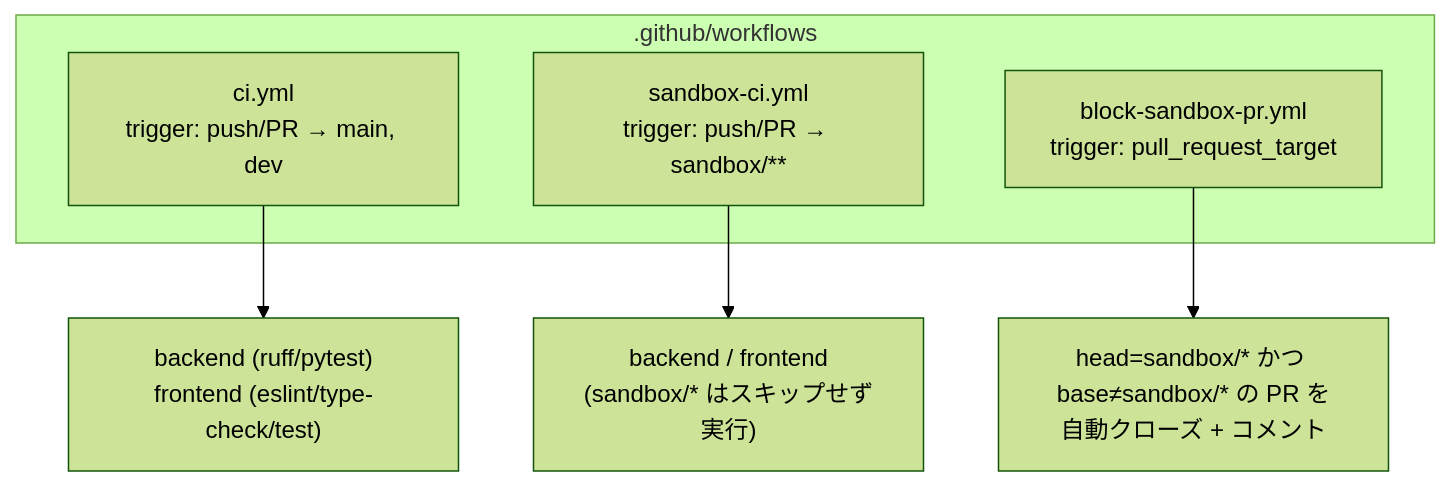
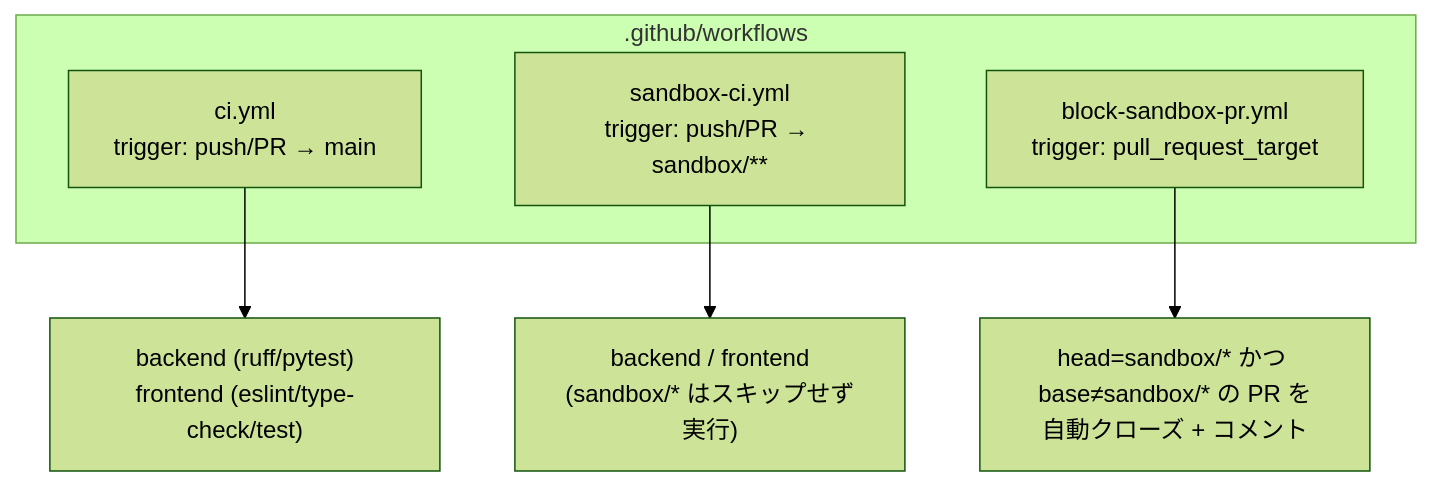
The second of 6 diagrams in docs/development-process.md (itouhi/claude-fullstack-starter), drawn with Mermaid (forest theme) before and after one commit. The commit also changed other lines of this file and 9 other files, not shown here.

````diff
--- a/docs/development-process.md
+++ b/docs/development-process.md
@@ -36,12 +34,12 @@
 ```mermaid
 flowchart TB
     subgraph wf[".github/workflows"]
-        ci["ci.yml<br/>trigger: push/PR → main, dev"]
+        ci["ci.yml<br/>trigger: push/PR → main"]
         sci["sandbox-ci.yml<br/>trigger: push/PR → sandbox/**"]
         blk["block-sandbox-pr.yml<br/>trigger: pull_request_target"]
     end
 
     ci --> jobs1["backend (ruff/pytest)<br/>frontend (eslint/type-check/test)"]
     sci --> jobs2["backend / frontend<br/>(sandbox/* はスキップせず実行)"]
     blk --> close["head=sandbox/* かつ base≠sandbox/* の PR を<br/>自動クローズ + コメント"]
 ```
````
